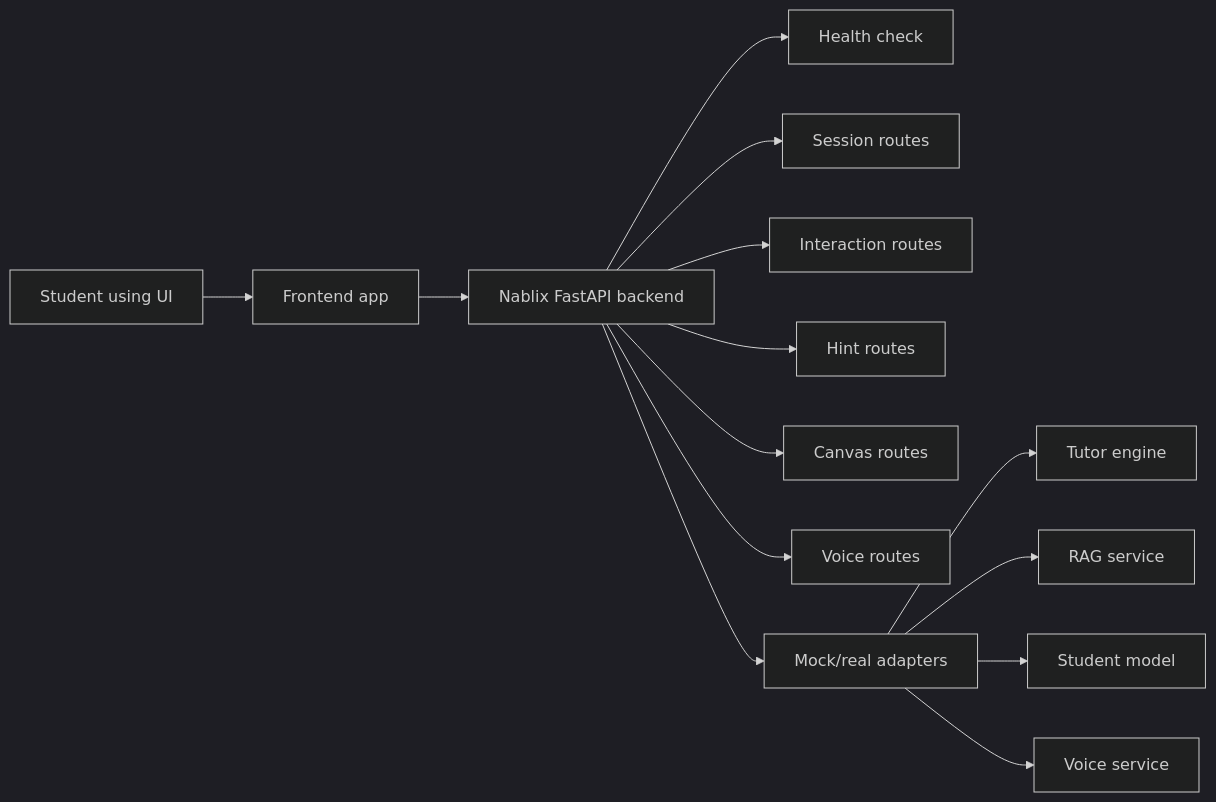
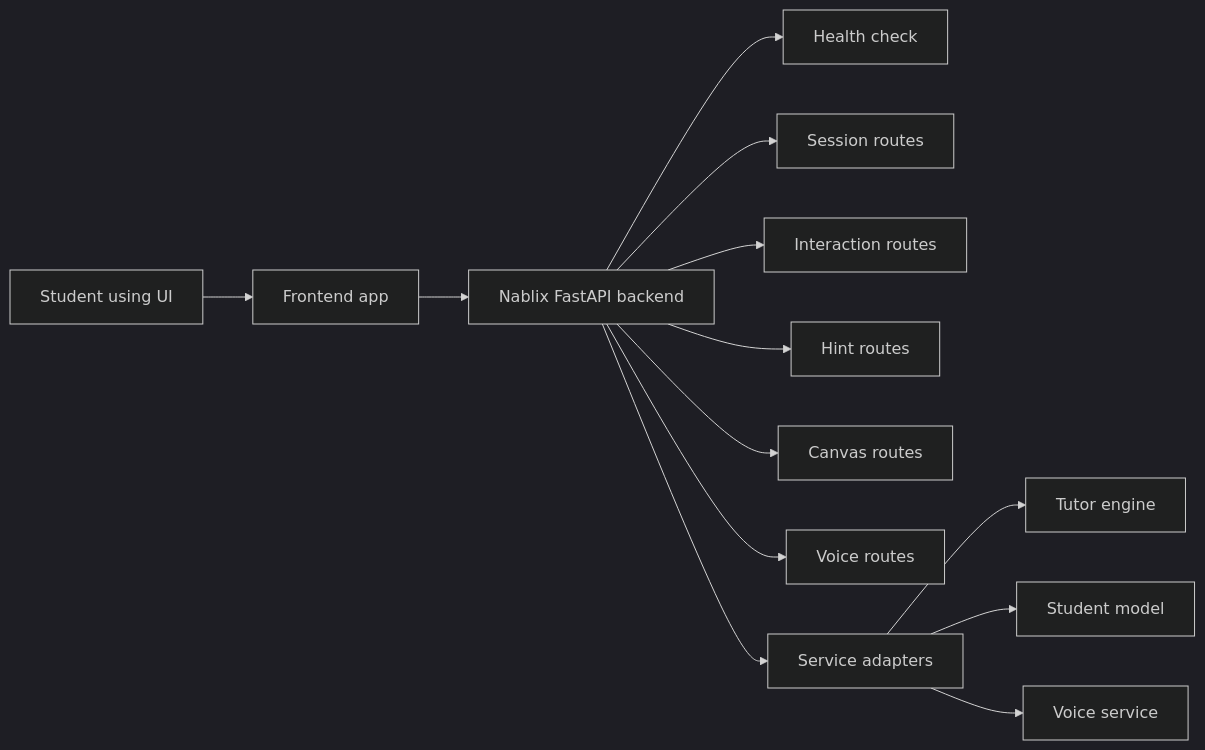
The first of 4 diagrams in nablix-backend/README.md (Nablix-Labs/Demo-1), drawn with Mermaid (dark theme) before and after one commit. The commit also changed other lines of this file and 30 other files, not shown here.

````diff
--- a/nablix-backend/README.md
+++ b/nablix-backend/README.md
@@ -19,16 +19,15 @@
 ```mermaid
 flowchart LR
     Student["Student using UI"] --> Frontend["Frontend app"]
     Frontend --> API["Nablix FastAPI backend"]
     API --> Health["Health check"]
     API --> Session["Session routes"]
     API --> Interaction["Interaction routes"]
     API --> Hint["Hint routes"]
     API --> Canvas["Canvas routes"]
     API --> Voice["Voice routes"]
-    API --> Adapters["Mock/real adapters"]
+    API --> Adapters["Service adapters"]
     Adapters --> Tutor["Tutor engine"]
-    Adapters --> RAG["RAG service"]
     Adapters --> Model["Student model"]
     Adapters --> Speech["Voice service"]
 ```
````
